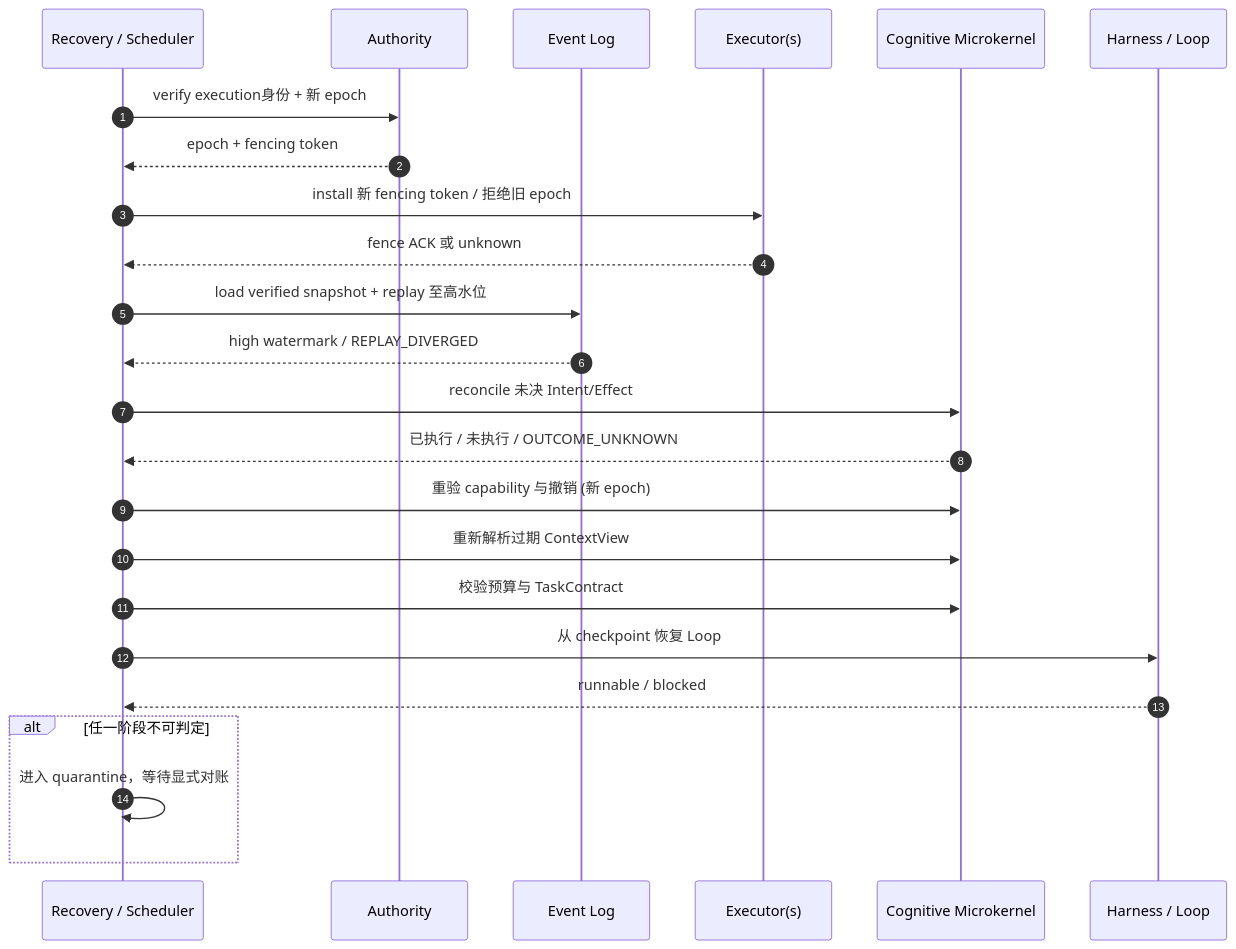
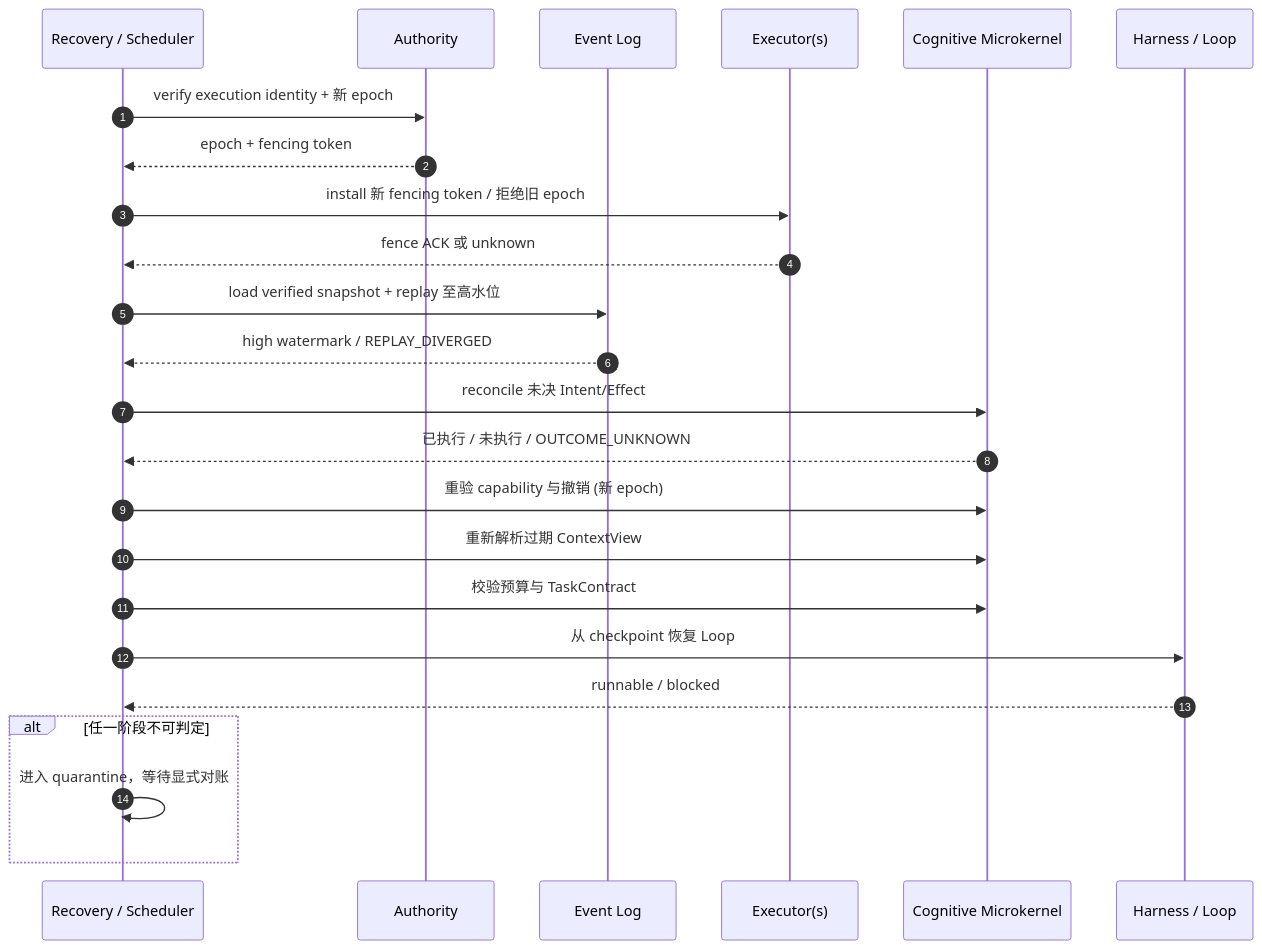
One commit to agentkernel/cognitive-os changed diagram 13 of 13 in CognitiveOS-Architecture.md. Above: the diagram before and after it, drawn with Mermaid. The commit also changed other lines of this file and 59 other files, not shown here.

````diff
--- a/CognitiveOS-Architecture.md
+++ b/CognitiveOS-Architecture.md
@@ -1287,26 +1311,26 @@
 ```mermaid
 sequenceDiagram
   autonumber
   participant R as Recovery / Scheduler
   participant A as Authority
   participant L as Event Log
   participant X as Executor(s)
   participant K as Cognitive Microkernel
   participant H as Harness / Loop
-  R->>A: verify execution身份 + 新 epoch
+  R->>A: verify execution identity + 新 epoch
   A-->>R: epoch + fencing token
   R->>X: install 新 fencing token / 拒绝旧 epoch
   X-->>R: fence ACK 或 unknown
   R->>L: load verified snapshot + replay 至高水位
   L-->>R: high watermark / REPLAY_DIVERGED
   R->>K: reconcile 未决 Intent/Effect
   K-->>R: 已执行 / 未执行 / OUTCOME_UNKNOWN
   R->>K: 重验 capability 与撤销 (新 epoch)
   R->>K: 重新解析过期 ContextView
   R->>K: 校验预算与 TaskContract
   R->>H: 从 checkpoint 恢复 Loop
   H-->>R: runnable / blocked
   alt 任一阶段不可判定
     R->>R: 进入 quarantine，等待显式对账
   end
 ```
````
